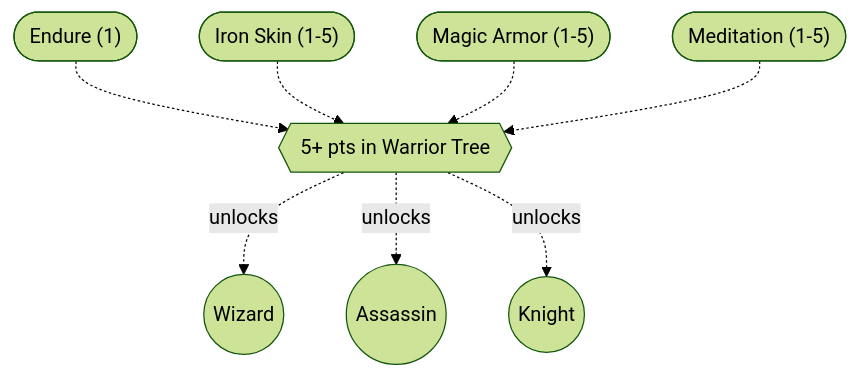
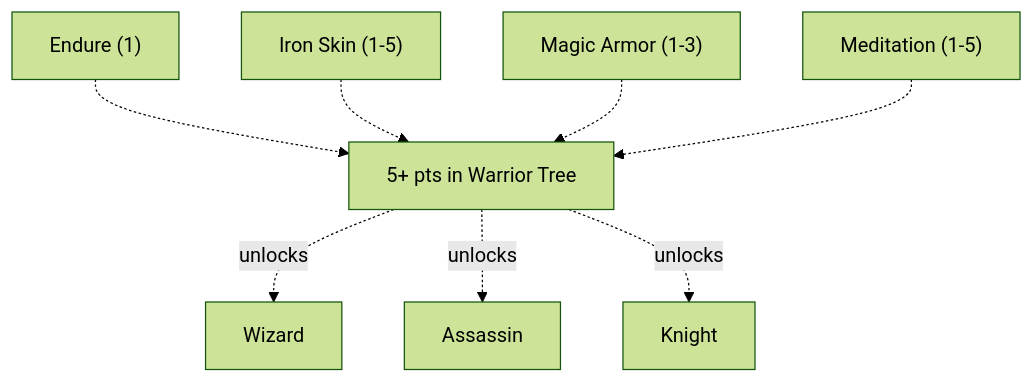
Diagram 14 of 16 in content/docs/mechanics/master.md (tfelix/bestia-docs), drawn with Mermaid (forest theme) before and after one commit. The commit also changed other lines of this file, not shown here.

````diff
--- a/content/docs/mechanics/master.md
+++ b/content/docs/mechanics/master.md
@@ -1630,27 +1651,27 @@
 ```mermaid
 graph TD
-    Endure(["Endure (1)"])
-    IronSkin(["Iron Skin (1-5)"])
-    MagicArmor(["Magic Armor (1-5)"])
-    Meditation(["Meditation (1-5)"])
-    Gate{{"5+ pts in Warrior Tree"}}
-    Wizard(("Wizard"))
+    Endure["Endure (1)"]
+    IronSkin["Iron Skin (1-5)"]
+    MagicArmor["Magic Armor (1-3)"]
+    Meditation["Meditation (1-5)"]
+    Gate["5+ pts in Warrior Tree"]
+    Wizard["Wizard"]
     %% Brawler(("Brawler")) %% parked
     %% Hunter(("Hunter")) %% parked
-    Assassin(("Assassin"))
-    Knight(("Knight"))
+    Assassin["Assassin"]
+    Knight["Knight"]
     %% Bard(("Bard")) %% parked
     %% Dancer(("Dancer")) %% parked
 
     Endure -.-> Gate
     IronSkin -.-> Gate
     MagicArmor -.-> Gate
     Meditation -.-> Gate
     Gate -.->|unlocks| Wizard
     %% Gate -.->|unlocks| Brawler
     %% Gate -.->|unlocks| Hunter
     Gate -.->|unlocks| Assassin
     Gate -.->|unlocks| Knight
     %% Gate -.->|unlocks| Bard
     %% Gate -.->|unlocks| Dancer
 ```
````
